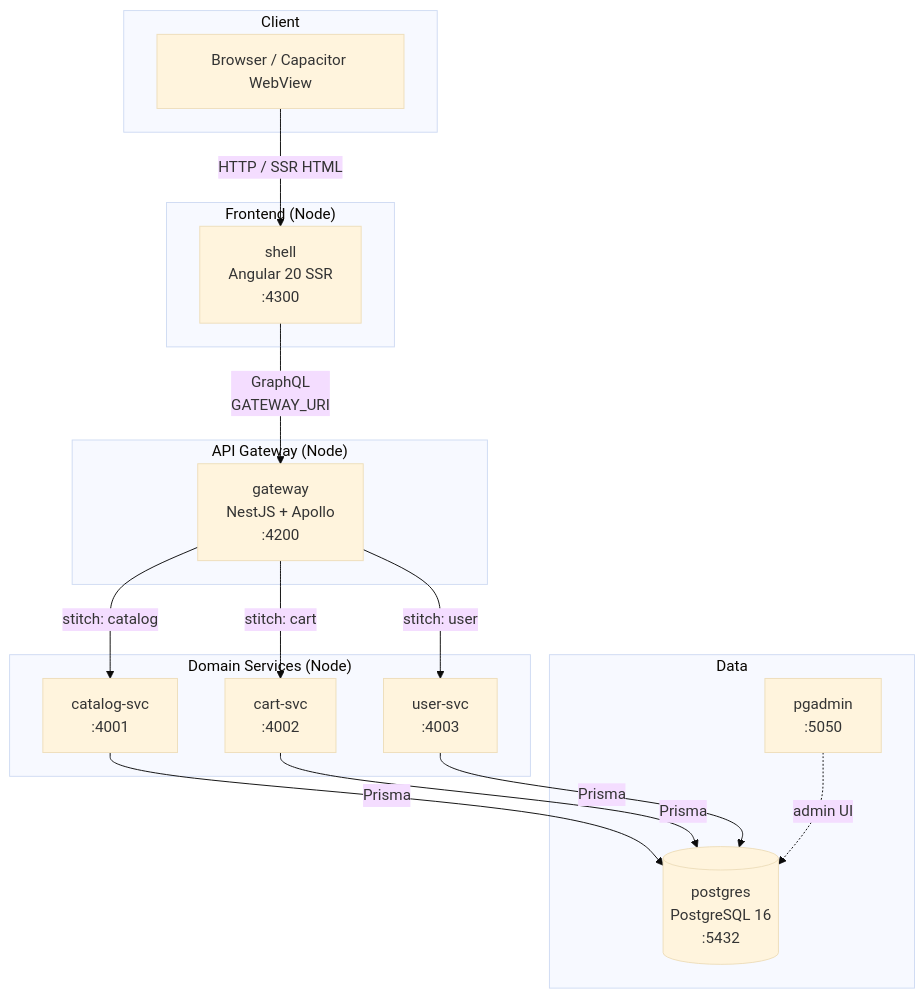
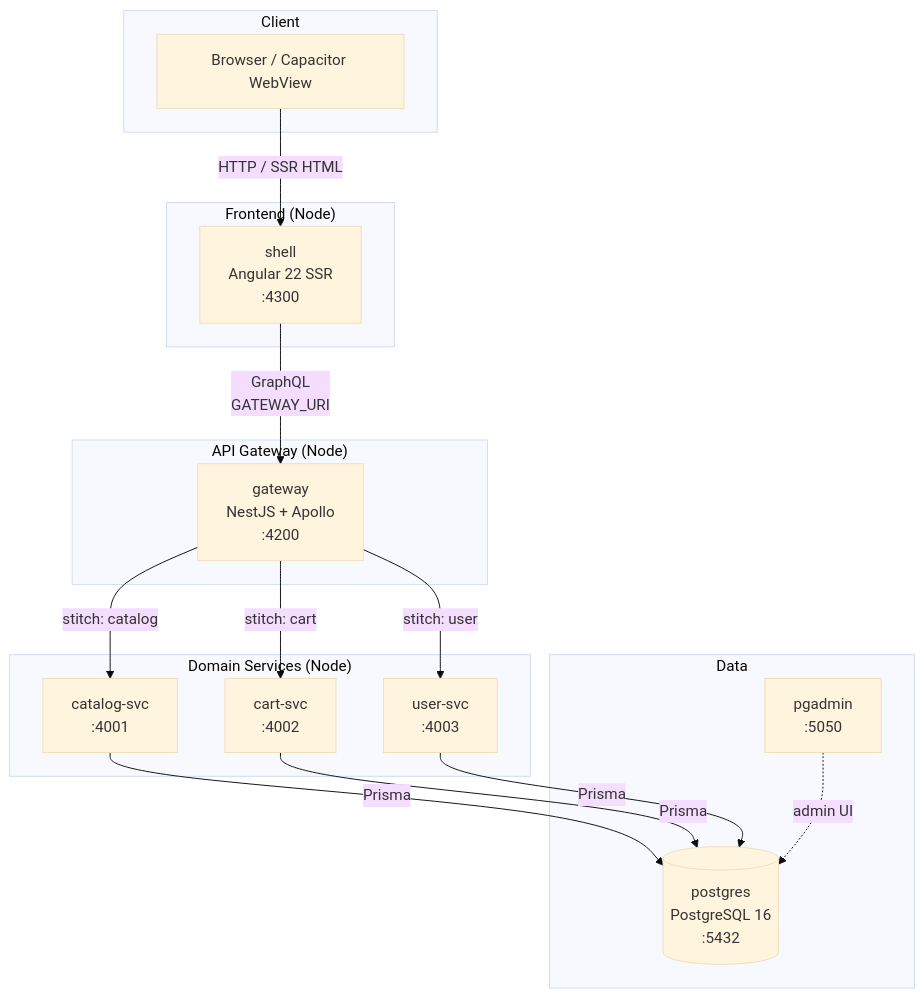
The diagram in README.md (jrumandal/ai-gen-poc), drawn with Mermaid (base theme) before and after one commit. The commit also changed other lines of this file and 9 other files, not shown here.

````diff
--- a/README.md
+++ b/README.md
@@ -183,35 +183,35 @@
 ```mermaid
 graph TD
     subgraph Client["Client"]
         Browser["Browser / Capacitor WebView"]
     end
 
     subgraph Frontend["Frontend (Node)"]
-        Shell["shell<br/>Angular 20 SSR<br/>:4300"]
+        Shell["shell<br/>Angular 22 SSR<br/>:4300"]
     end
 
     subgraph API["API Gateway (Node)"]
         Gateway["gateway<br/>NestJS + Apollo<br/>:4200"]
     end
 
     subgraph Services["Domain Services (Node)"]
         CatalogSvc["catalog-svc<br/>:4001"]
         CartSvc["cart-svc<br/>:4002"]
         UserSvc["user-svc<br/>:4003"]
     end
 
     subgraph Data["Data"]
         Postgres[("postgres<br/>PostgreSQL 16<br/>:5432")]
         PgAdmin["pgadmin<br/>:5050"]
     end
 
     Browser -->|"HTTP / SSR HTML"| Shell
     Shell -->|"GraphQL<br/>GATEWAY_URI"| Gateway
     Gateway -->|"stitch: catalog"| CatalogSvc
     Gateway -->|"stitch: cart"| CartSvc
     Gateway -->|"stitch: user"| UserSvc
     CatalogSvc -->|"Prisma"| Postgres
     CartSvc -->|"Prisma"| Postgres
     UserSvc -->|"Prisma"| Postgres
     PgAdmin -.->|"admin UI"| Postgres
 ```
````
